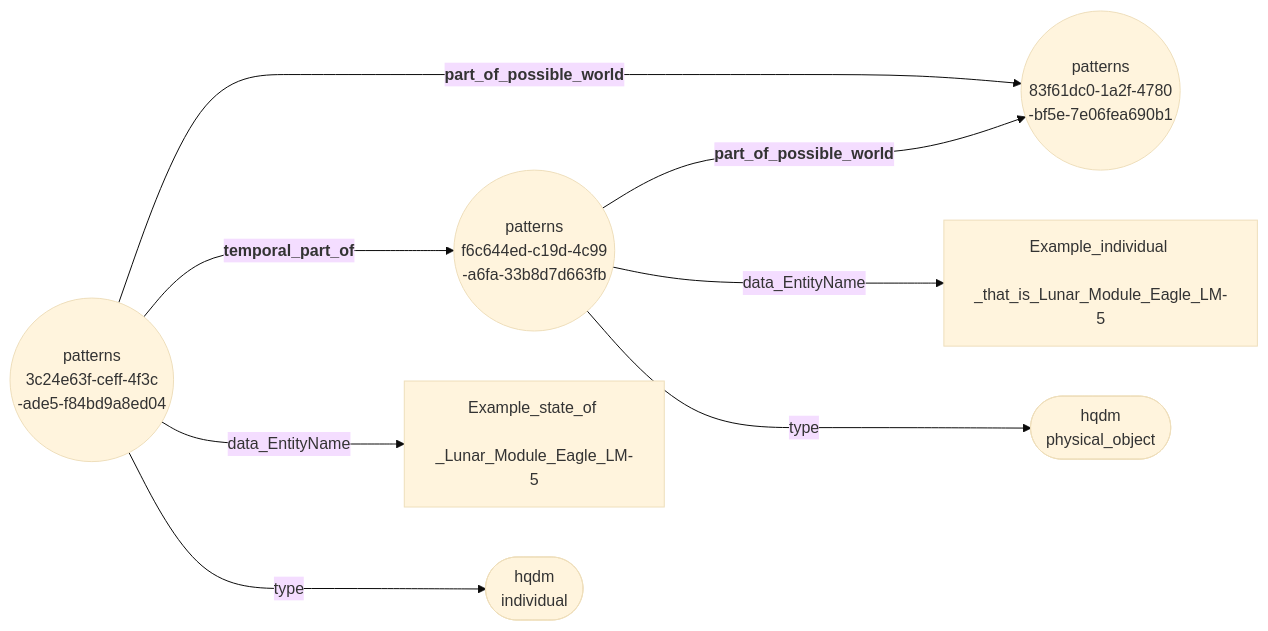
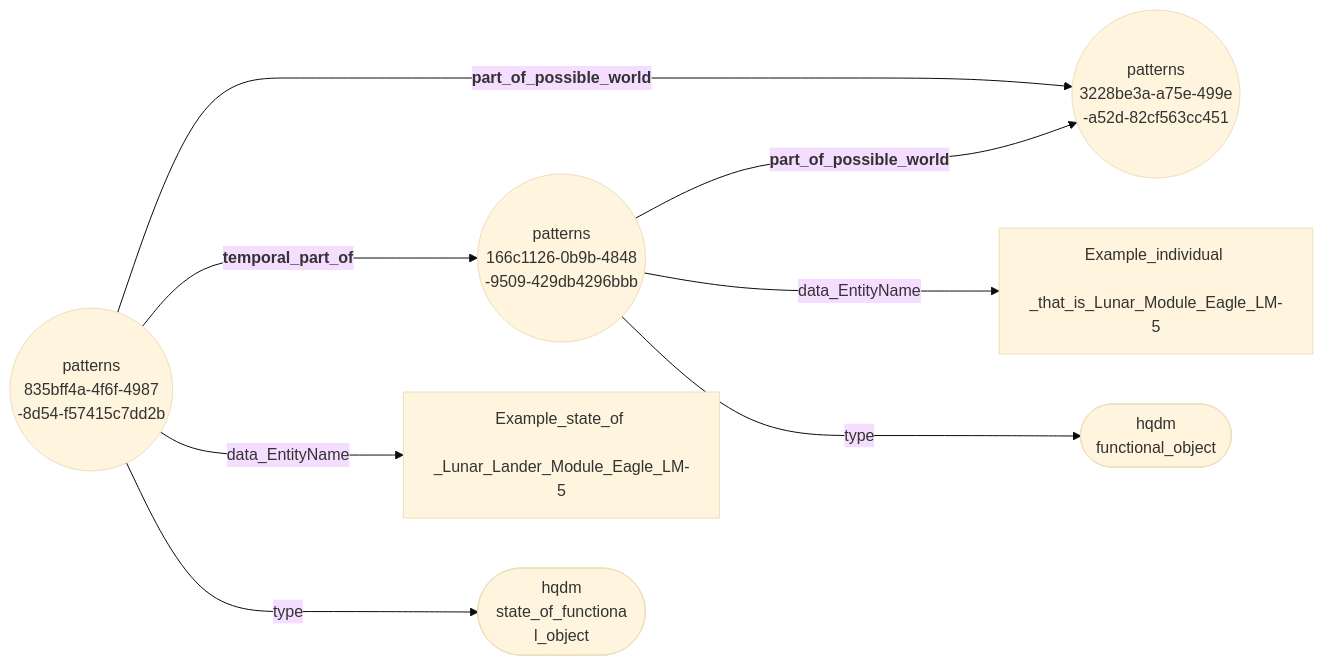
Before and after one commit to ClimbingAl/HqdmPatterns: the diagram in docs/extras/example-files/temporalPartOfAllRelsNodeEdgeGraph.mermaid, drawn with Mermaid (base theme). The commit also changed 53 other files, not shown here.

````diff
--- a/docs/extras/example-files/temporalPartOfAllRelsNodeEdgeGraph.mermaid
+++ b/docs/extras/example-files/temporalPartOfAllRelsNodeEdgeGraph.mermaid
@@ -1,10 +1,10 @@
 ``` mermaid
 graph LR
-  f6c644ed-c19d-4c99-a6fa-33b8d7d663fb(("patterns <br> f6c644ed-c19d-4c99 <br> -a6fa-33b8d7d663fb"))--->|"<b> part_of_possible_world"|83f61dc0-1a2f-4780-bf5e-7e06fea690b1(("patterns <br> 83f61dc0-1a2f-4780 <br> -bf5e-7e06fea690b1"));
-  f6c644ed-c19d-4c99-a6fa-33b8d7d663fb(("patterns <br> f6c644ed-c19d-4c99 <br> -a6fa-33b8d7d663fb"))--->|"data_EntityName"|Example_individual_that_is_Lunar_Module_Eagle_LM-5["Example_individual <br> _that_is_Lunar_Module_Eagle_LM-5"];
-  f6c644ed-c19d-4c99-a6fa-33b8d7d663fb(("patterns <br> f6c644ed-c19d-4c99 <br> -a6fa-33b8d7d663fb"))--->|"type"|physical_object(["hqdm <br> physical_object"]);
-  3c24e63f-ceff-4f3c-ade5-f84bd9a8ed04(("patterns <br> 3c24e63f-ceff-4f3c <br> -ade5-f84bd9a8ed04"))--->|"<b> part_of_possible_world"|83f61dc0-1a2f-4780-bf5e-7e06fea690b1(("patterns <br> 83f61dc0-1a2f-4780 <br> -bf5e-7e06fea690b1"));
-  3c24e63f-ceff-4f3c-ade5-f84bd9a8ed04(("patterns <br> 3c24e63f-ceff-4f3c <br> -ade5-f84bd9a8ed04"))--->|"<b> temporal_part_of"|f6c644ed-c19d-4c99-a6fa-33b8d7d663fb(("patterns <br> f6c644ed-c19d-4c99 <br> -a6fa-33b8d7d663fb"));
-  3c24e63f-ceff-4f3c-ade5-f84bd9a8ed04(("patterns <br> 3c24e63f-ceff-4f3c <br> -ade5-f84bd9a8ed04"))--->|"data_EntityName"|Example_state_of_Lunar_Module_Eagle_LM-5["Example_state_of <br> _Lunar_Module_Eagle_LM-5"];
-  3c24e63f-ceff-4f3c-ade5-f84bd9a8ed04(("patterns <br> 3c24e63f-ceff-4f3c <br> -ade5-f84bd9a8ed04"))--->|"type"|individual(["hqdm <br> individual"]);
+  166c1126-0b9b-4848-9509-429db4296bbb(("patterns <br> 166c1126-0b9b-4848 <br> -9509-429db4296bbb"))--->|"<b> part_of_possible_world"|3228be3a-a75e-499e-a52d-82cf563cc451(("patterns <br> 3228be3a-a75e-499e <br> -a52d-82cf563cc451"));
+  166c1126-0b9b-4848-9509-429db4296bbb(("patterns <br> 166c1126-0b9b-4848 <br> -9509-429db4296bbb"))--->|"data_EntityName"|Example_individual_that_is_Lunar_Module_Eagle_LM-5["Example_individual <br> _that_is_Lunar_Module_Eagle_LM-5"];
+  166c1126-0b9b-4848-9509-429db4296bbb(("patterns <br> 166c1126-0b9b-4848 <br> -9509-429db4296bbb"))--->|"type"|functional_object(["hqdm <br> functional_object"]);
+  835bff4a-4f6f-4987-8d54-f57415c7dd2b(("patterns <br> 835bff4a-4f6f-4987 <br> -8d54-f57415c7dd2b"))--->|"<b> part_of_possible_world"|3228be3a-a75e-499e-a52d-82cf563cc451(("patterns <br> 3228be3a-a75e-499e <br> -a52d-82cf563cc451"));
+  835bff4a-4f6f-4987-8d54-f57415c7dd2b(("patterns <br> 835bff4a-4f6f-4987 <br> -8d54-f57415c7dd2b"))--->|"<b> temporal_part_of"|166c1126-0b9b-4848-9509-429db4296bbb(("patterns <br> 166c1126-0b9b-4848 <br> -9509-429db4296bbb"));
+  835bff4a-4f6f-4987-8d54-f57415c7dd2b(("patterns <br> 835bff4a-4f6f-4987 <br> -8d54-f57415c7dd2b"))--->|"data_EntityName"|Example_state_of_Lunar_Lander_Module_Eagle_LM-5["Example_state_of <br> _Lunar_Lander_Module_Eagle_LM-5"];
+  835bff4a-4f6f-4987-8d54-f57415c7dd2b(("patterns <br> 835bff4a-4f6f-4987 <br> -8d54-f57415c7dd2b"))--->|"type"|state_of_functional_object(["hqdm <br> state_of_functiona <br> l_object"]);
 ```
````
